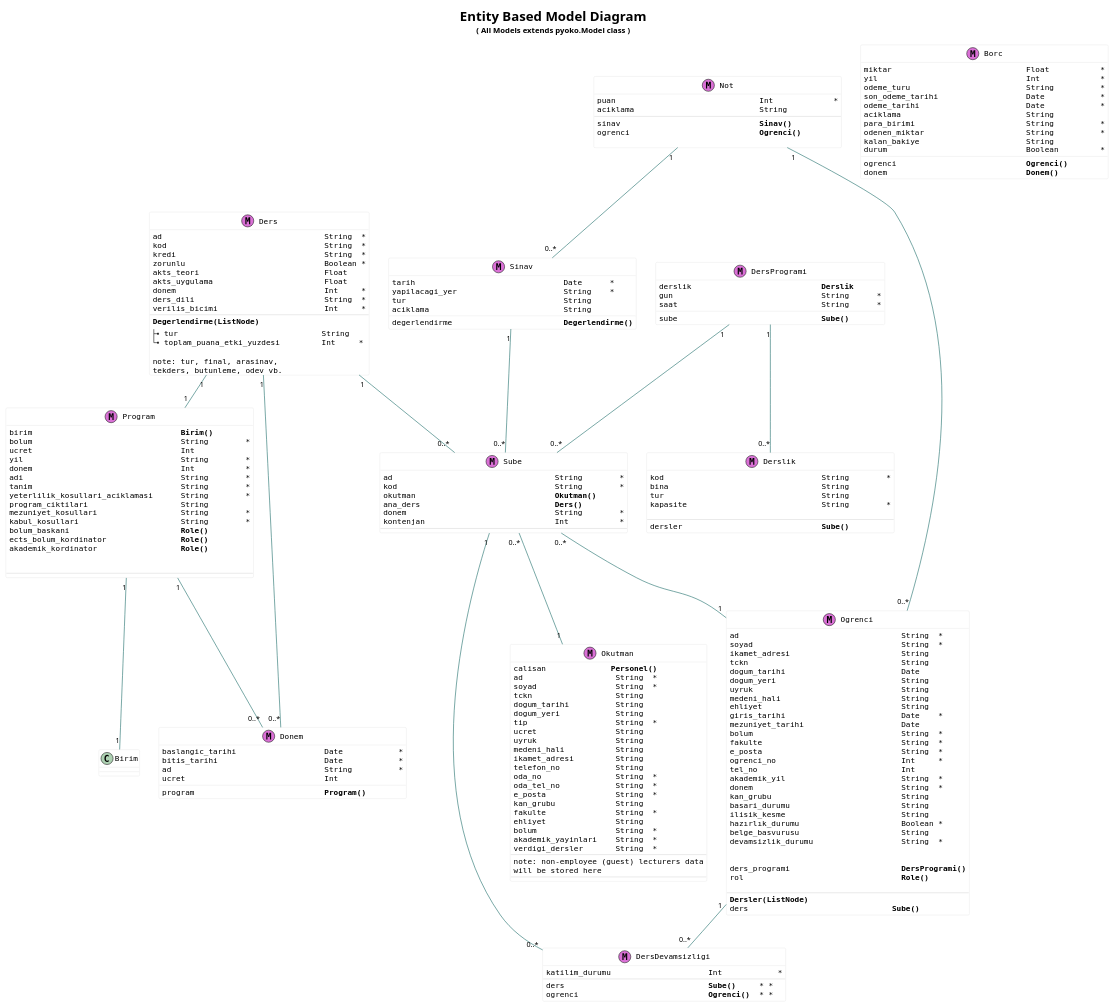
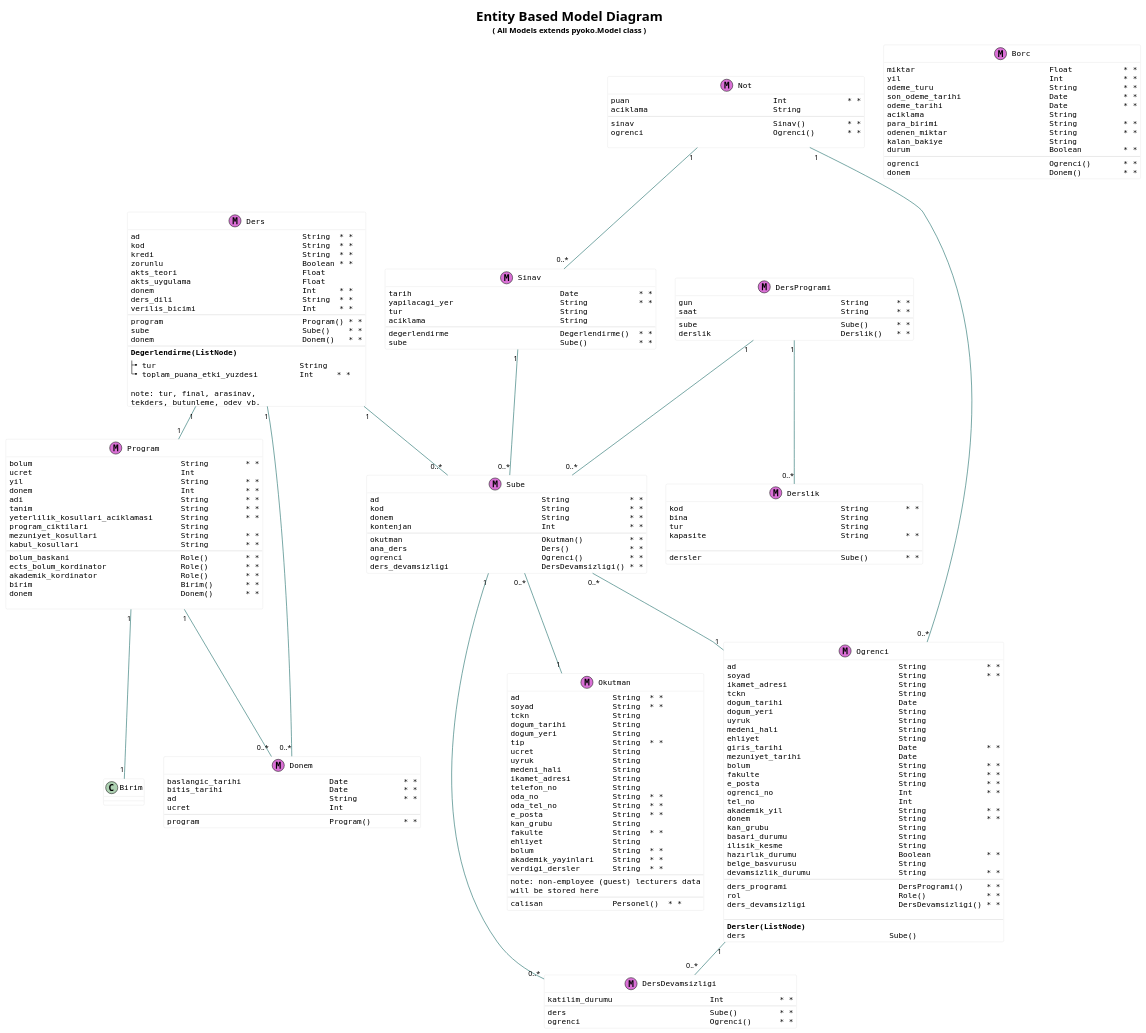
One commit to zetaops/ulakbus.org changed the diagram in source/diagrams/student-models.puml. Above: the diagram before and after it, drawn with PlantUML.

Commit message:
student model review

```diff
--- a/source/diagrams/student-models.puml
+++ b/source/diagrams/student-models.puml
@@ -20,89 +20,97 @@
 'n..m    Min n, Max m instances
 'endlegend
 
-
+' field_name            field_type     null blank
+'                                      _ = True
+'                                      * * = False
 
 class Okutman<<(M,orchid)>>{
-calisan              **Personel()**
-ad                    String  *
-soyad                 String  *
+ad                    String  * *
+soyad                 String  * *
 tckn                  String
 dogum_tarihi          String
 dogum_yeri            String
-tip                   String  *
+tip                   String  * *
 ucret                 String
 uyruk                 String
 medeni_hali           String
 ikamet_adresi         String
 telefon_no            String
-oda_no                String  *
-oda_tel_no            String  *
-e_posta               String  *
+oda_no                String  * *
+oda_tel_no            String  * *
+e_posta               String  * *
 kan_grubu             String
-fakulte               String  *
+fakulte               String  * *
 ehliyet               String
-bolum                 String  *
-akademik_yayinlari    String  *
-verdigi_dersler       String  *
+bolum                 String  * *
+akademik_yayinlari    String  * *
+verdigi_dersler       String  * *
 --
 note: non-employee (guest) lecturers data
 will be stored here
 --
+calisan               Personel()  * *
 }
 
 class Program<<(M,orchid)>>{
-birim                                **Birim()**
-bolum                                String        *
+bolum                                String        * *
 ucret                                Int
-yil                                  String        *
-donem                                Int           *
-adi                                  String        *
-tanim                                String        *
-yeterlilik_kosullari_aciklamasi      String        *
+yil                                  String        * *
+donem                                Int           * *
+adi                                  String        * *
+tanim                                String        * *
+yeterlilik_kosullari_aciklamasi      String        * *
 program_ciktilari                    String
-mezuniyet_kosullari                  String        *
-kabul_kosullari                      String        *
-bolum_baskani                        **Role()**
-ects_bolum_kordinator                **Role()**
-akademik_kordinator                  **Role()**
+mezuniyet_kosullari                  String        * *
+kabul_kosullari                      String        * *
+--
+bolum_baskani                        Role()        * *
+ects_bolum_kordinator                Role()        * *
+akademik_kordinator                  Role()        * *
+birim                                Birim()       * *
+donem                                Donem()       * *
 
+}
+class Derslik<<(M,orchid)>>{
+kod                                  String        * *
+bina                                 String
+tur                                  String
+kapasite                             String        * *
 
 --
-}
-class Derslik<<(M,orchid)>>{
-kod                                  String        *
-bina                                 String
-tur                                  String
-kapasite                             String        *
-
---
-dersler                              **Sube()**
+dersler                              Sube()        * *
 }
 
 class Sube<<(M,orchid)>>{
-ad                                   String        *
-kod                                  String        *
-okutman                              **Okutman()**
-ana_ders                             **Ders()**
-donem                                String        *
-kontenjan                            Int           *
+ad                                   String             * *
+kod                                  String             * *
+donem                                String             * *
+kontenjan                            Int                * *
 --
+okutman                              Okutman()          * *
+ana_ders                             Ders()             * *
+ogrenci                              Ogrenci()          * *
+ders_devamsizligi                    DersDevamsizligi() * *
 }
 
 class Ders<<(M,orchid)>>{
-ad                                   String  *
-kod                                  String  *
-kredi                                String  *
-zorunlu                              Boolean *
+ad                                   String  * *
+kod                                  String  * *
+kredi                                String  * *
+zorunlu                              Boolean * *
 akts_teori                           Float
 akts_uygulama                        Float
-donem                                Int     *
-ders_dili                            String  *
-verilis_bicimi                       Int     *
+donem                                Int     * *
+ders_dili                            String  * *
+verilis_bicimi                       Int     * *
+--
+program                              Program() * *
+sube                                 Sube()    * *
+donem                                Donem()   * *
 --
 **Degerlendirme(ListNode)**
 |_ tur                               String
-|_ toplam_puana_etki_yuzdesi         Int     *
+|_ toplam_puana_etki_yuzdesi         Int     * *
 
 note: tur, final, arasinav,
 tekders, butunleme, odev vb.
@@ -110,17 +118,19 @@
 
 
 class Sinav <<(M,orchid)>> {
-tarih                                Date      *
-yapilacagi_yer                       String    *
+tarih                                Date             * *
+yapilacagi_yer                       String           * *
 tur                                  String
 aciklama                             String
-degerlendirme                        **Degerlendirme()**
+--
+degerlendirme                        Degerlendirme()  * *
+sube                                 Sube()           * *
 }
 
 
 class Ogrenci <<(M,orchid)>> {
-ad                                   String  *
-soyad                                String  *
+ad                                   String             * *
+soyad                                String             * *
 ikamet_adresi                        String
 tckn                                 String
 dogum_tarihi                         Date
@@ -128,76 +138,79 @@
 uyruk                                String
 medeni_hali                          String
 ehliyet                              String
-giris_tarihi                         Date    *
+giris_tarihi                         Date               * *
 mezuniyet_tarihi                     Date
-bolum                                String  *
-fakulte                              String  *
-e_posta                              String  *
-ogrenci_no                           Int     *
+bolum                                String             * *
+fakulte                              String             * *
+e_posta                              String             * *
+ogrenci_no                           Int                * *
 tel_no                               Int
-akademik_yil                         String  *
-donem                                String  *
+akademik_yil                         String             * *
+donem                                String             * *
 kan_grubu                            String
 basari_durumu                        String
 ilisik_kesme                         String
-hazırlık_durumu                      Boolean *
+hazırlık_durumu                      Boolean            * *
 belge_basvurusu                      String
-devamsizlik_durumu                   String  *
-
-
-ders_programi                        **DersProgrami()**
-rol                                  **Role()**
+devamsizlik_durumu                   String             * *
+--
+ders_programi                        DersProgrami()     * *
+rol                                  Role()             * *
+ders_devamsizligi                    DersDevamsizligi() * *
 
 --
 **Dersler(ListNode)**
-ders                               **Sube()**
+ders                               Sube()
 }
 
 class DersProgrami<<(M,orchid)>> {
-sube                               **Sube()**
-derslik                            **Derslik**
-gun                                String      *
-saat                               String      *
+gun                                String      * *
+saat                               String      * *
+--
+sube                               Sube()      * *
+derslik                            Derslik()   * *
 }
 
 
 class DersDevamsizligi <<(M,orchid)>> {
-katilim_durumu                     Int            *
+katilim_durumu                     Int            * *
 --
-ders                               **Sube()**     * *
-ogrenci                            **Ogrenci()**  * *
+ders                               Sube()         * *
+ogrenci                            Ogrenci()      * *
 }
 
 class Borc <<(M,orchid)>> {
-miktar                             Float           *
-yil                                Int             *
-odeme_turu                         String          *
-ogrenci                            **Ogrenci()**
-donem                              **Donem()**
-son_odeme_tarihi                   Date            *
-odeme_tarihi                       Date            *
+miktar                             Float           * *
+yil                                Int             * *
+odeme_turu                         String          * *
+son_odeme_tarihi                   Date            * *
+odeme_tarihi                       Date            * *
 aciklama                           String
-para_birimi                        String          *
-odenen_miktar                      String          *
+para_birimi                        String          * *
+odenen_miktar                      String          * *
 kalan_bakiye                       String
-durum                              Boolean         *
+durum                              Boolean         * *
+--
+ogrenci                            Ogrenci()       * *
+donem                              Donem()         * *
 }
 
 class Not <<(M,orchid)>> {
-puan                               Int             *
+puan                               Int             * *
 aciklama                           String
 --
-sinav                              **Sinav()**
-ogrenci                            **Ogrenci()**
+sinav                              Sinav()         * *
+ogrenci                            Ogrenci()       * *
 
 }
 
 class Donem <<(M,orchid)>> {
-baslangic_tarihi                   Date            *
-bitis_tarihi                       Date            *
-ad                                 String          *
+baslangic_tarihi                   Date            * *
+bitis_tarihi                       Date            * *
+ad                                 String          * *
 ucret                              Int
-program                            **Program()**
+--
+program                            Program()       * *
 }
 
 
```
